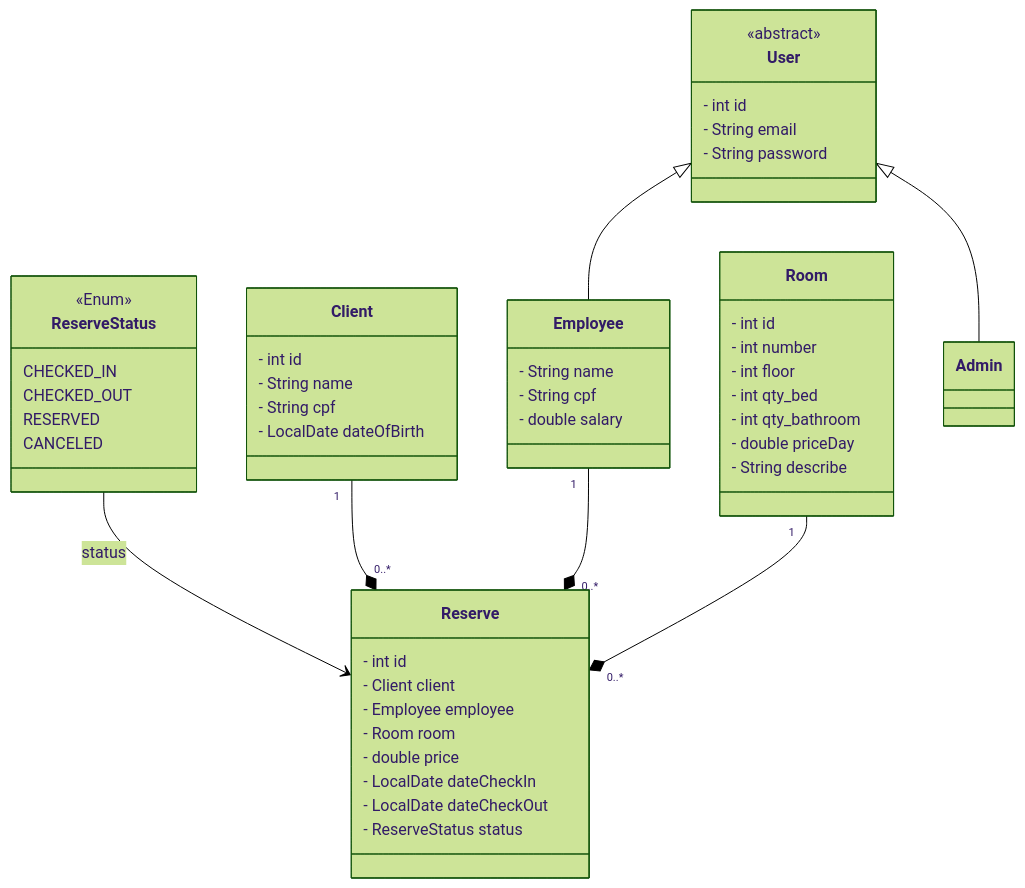
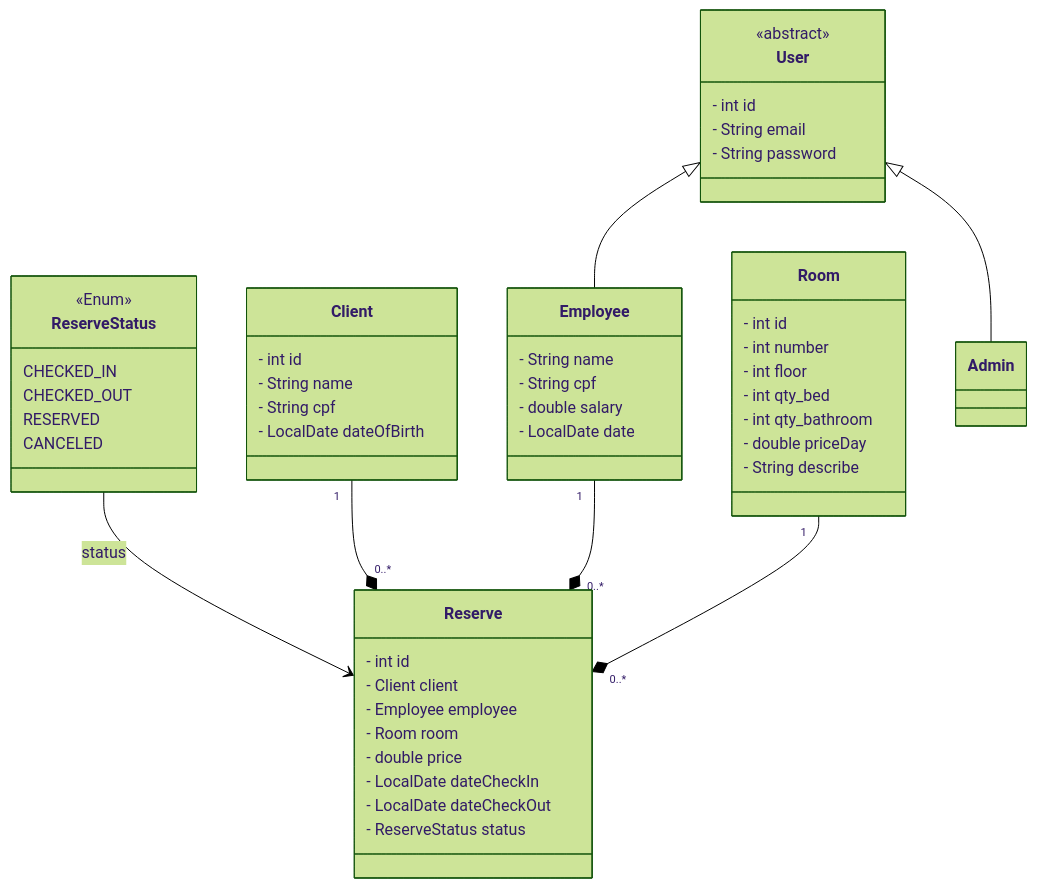
The diagram in README.md (VzinCoder/lab-api-rest-nuvem-spring-dio), drawn with Mermaid (forest theme) before and after one commit.

````diff
--- a/README.md
+++ b/README.md
@@ -7,64 +7,65 @@
 ```mermaid
 classDiagram
     class Room {
         - int id
         - int number
         - int floor
         - int qty_bed
         - int qty_bathroom
         - double priceDay
         - String describe
     }
 
     class User {
         <<abstract>>
         - int id
         - String email
         - String password
     }
 
     class Employee {
         - String name
         - String cpf
         - double salary
+        - LocalDate date
      }
 
     class Client {
         - int id
         - String name
         - String cpf
         - LocalDate dateOfBirth
     }
 
 
    class  ReserveStatus {
         <<Enum>>
         CHECKED_IN
         CHECKED_OUT
         RESERVED
         CANCELED
     }
 
     class Reserve {
         - int id
         - Client client
         - Employee employee
         - Room room
         - double price
         - LocalDate dateCheckIn
         - LocalDate dateCheckOut
         - ReserveStatus status
     }
 
 
 
 
 User <|-- Employee
 User <|-- Admin
 
 ReserveStatus --> Reserve:status
 
 Client "1" --*"0..*" Reserve
 Employee "1" --*"0..*" Reserve
 Room "1"--*"0..*" Reserve
 ```
````
